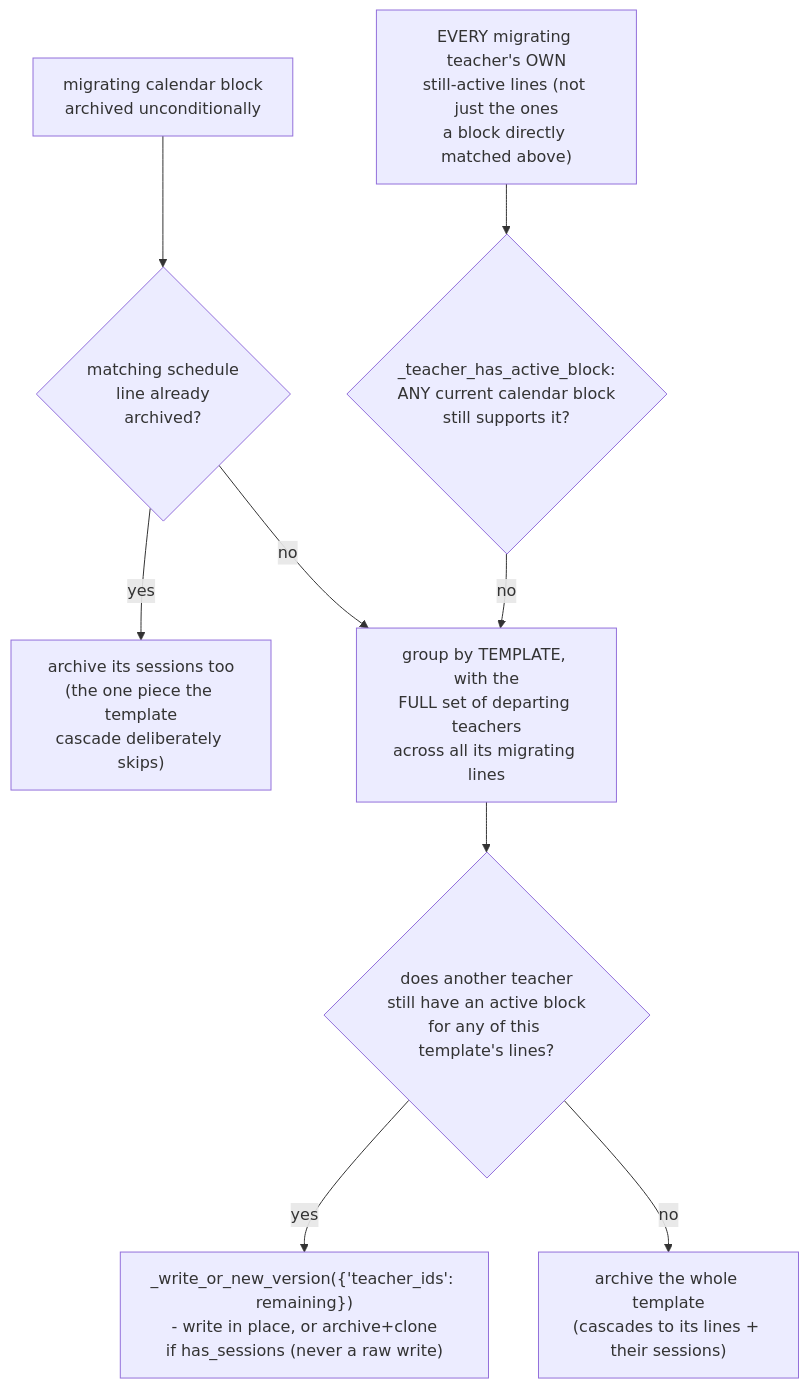
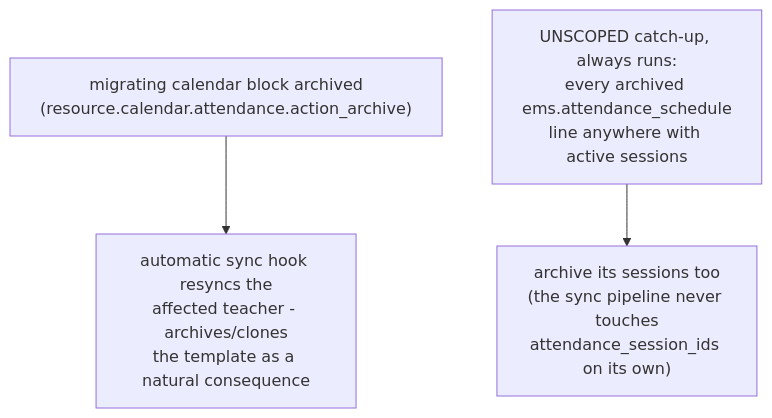
One commit to ElPuig/IMS changed the third of 7 diagrams in docs/en/developers/settings/course_transition_wizard.md. Above: the diagram before and after it, drawn with Mermaid. The commit also changed other lines of this file and 7 other files, not shown here.

````diff
--- a/docs/en/developers/settings/course_transition_wizard.md
+++ b/docs/en/developers/settings/course_transition_wizard.md
@@ -145,11 +158,5 @@
 ```mermaid
 flowchart TD
-    B["migrating calendar block\narchived unconditionally"] --> L{"matching schedule\nline already\narchived?"}
-    L -- yes --> S1["archive its sessions too\n(the one piece the template\ncascade deliberately skips)"]
-    L -- no --> G["group by TEMPLATE, with the\nFULL set of departing teachers\nacross all its migrating lines"]
-    G --> O{"does another teacher\nstill have an active block\nfor any of this template's lines?"}
-    O -- yes --> T["_write_or_new_version({'teacher_ids': remaining})\n- write in place, or archive+clone\nif has_sessions (never a raw write)"]
-    O -- no --> S2["archive the whole template\n(cascades to its lines + their sessions)"]
-    B2["EVERY migrating teacher's OWN\nstill-active lines (not just the ones\na block directly matched above)"] --> N{"_teacher_has_active_block:\nANY current calendar block\nstill supports it?"}
-    N -- no --> G
+    B["migrating calendar block archived\n(resource.calendar.attendance.action_archive)"] --> H["automatic sync hook resyncs the\naffected teacher - archives/clones\nthe template as a natural consequence"]
+    U["UNSCOPED catch-up, always runs:\nevery archived ems.attendance_schedule\nline anywhere with active sessions"] --> S["archive its sessions too\n(the sync pipeline never touches\nattendance_session_ids on its own)"]
 ```
````
